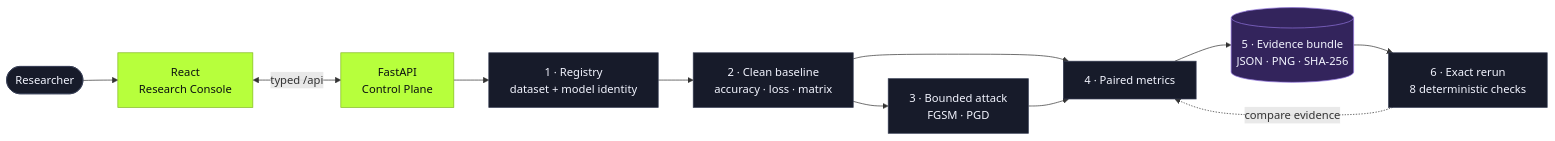
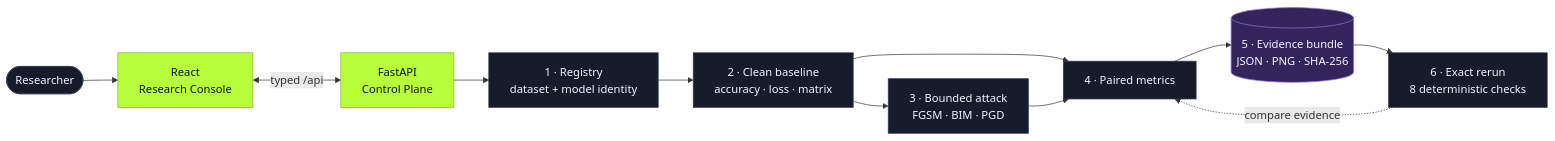
One commit to MintKangaroo/AIShield changed the first of 3 diagrams in README.md. Above: the diagram before and after it, drawn with Mermaid. The commit also changed other lines of this file and 11 other files, not shown here.

First line of the commit message:
feat: add deterministic BIM attack evaluation

````diff
--- a/README.md
+++ b/README.md
@@ -41,21 +41,21 @@
 ```mermaid
 flowchart LR
     USER(["Researcher"]) --> UI["React<br/>Research Console"]
     UI <-->|"typed /api"| API["FastAPI<br/>Control Plane"]
 
     API --> REG["1 · Registry<br/>dataset + model identity"]
     REG --> BASE["2 · Clean baseline<br/>accuracy · loss · matrix"]
-    BASE --> ATTACK["3 · Bounded attack<br/>FGSM · PGD"]
+    BASE --> ATTACK["3 · Bounded attack<br/>FGSM · BIM · PGD"]
     BASE --> COMPARE["4 · Paired metrics"]
     ATTACK --> COMPARE
     COMPARE --> EVIDENCE[("5 · Evidence bundle<br/>JSON · PNG · SHA-256")]
     EVIDENCE --> VERIFY["6 · Exact rerun<br/>8 deterministic checks"]
     VERIFY -.->|"compare evidence"| COMPARE
 
     classDef primary fill:#b7ff3c,stroke:#82b91f,color:#0b1110;
     classDef surface fill:#171b2a,stroke:#343b52,color:#f3f5ff;
     classDef evidence fill:#33245c,stroke:#8f72da,color:#f3f5ff;
     class USER,REG,BASE,ATTACK,COMPARE,VERIFY surface;
     class UI,API primary;
     class EVIDENCE evidence;
 ```
````
